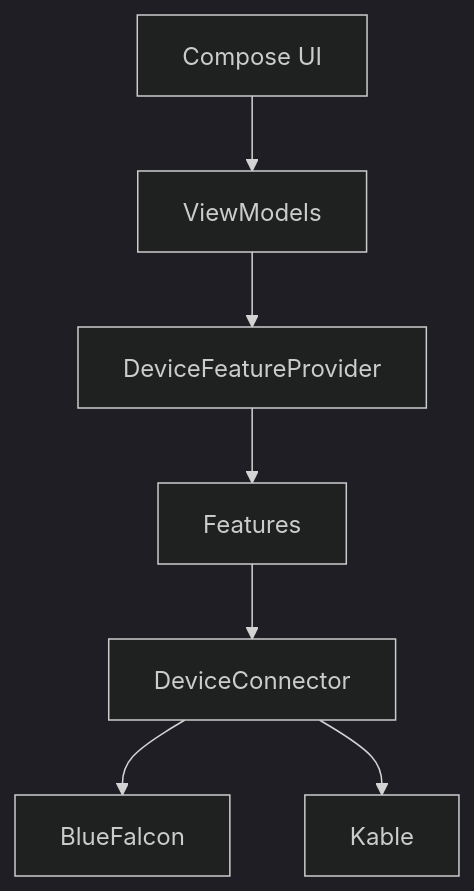
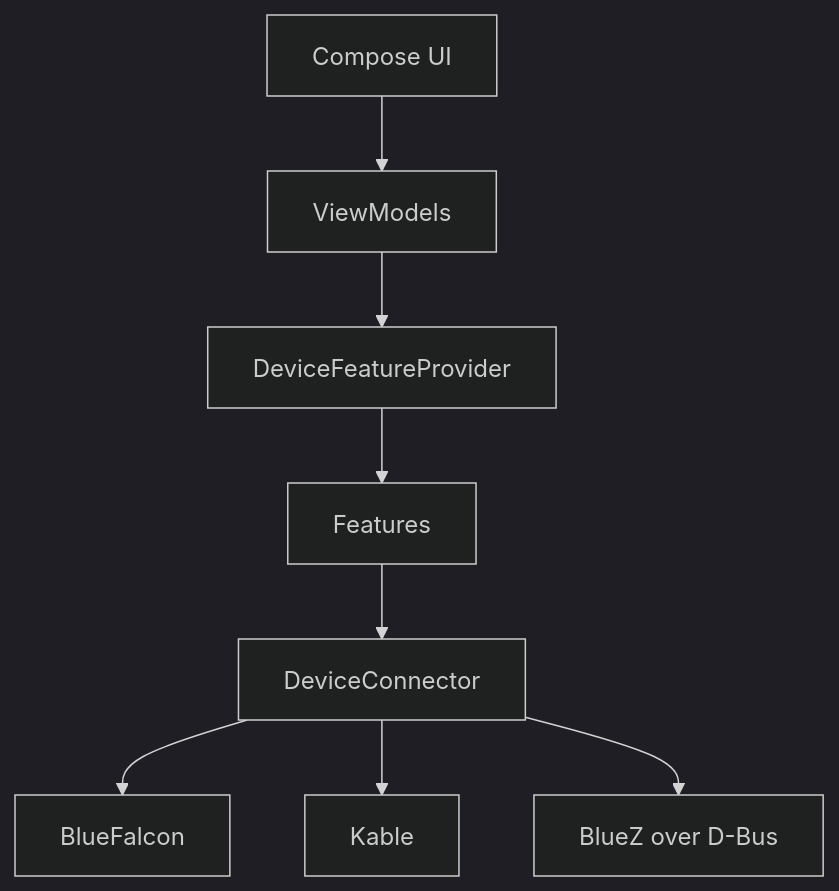
One commit to erenorgul-source/mynd-app-linux changed the diagram in README.MD. Above: the diagram before and after it, drawn with Mermaid (dark theme). The commit also changed other lines of this file and 37 other files, not shown here.

````diff
--- a/README.MD
+++ b/README.MD
@@ -42,9 +43,10 @@
 ```mermaid
 graph TD
   UI[Compose UI] --> VM[ViewModels]
   VM --> Provider[DeviceFeatureProvider]
   Provider --> Features[Features]
   Features --> Connector[DeviceConnector]
   Connector --> BF[BlueFalcon]
   Connector --> KB[Kable]
+  Connector --> BZ[BlueZ over D-Bus]
 ```
````
